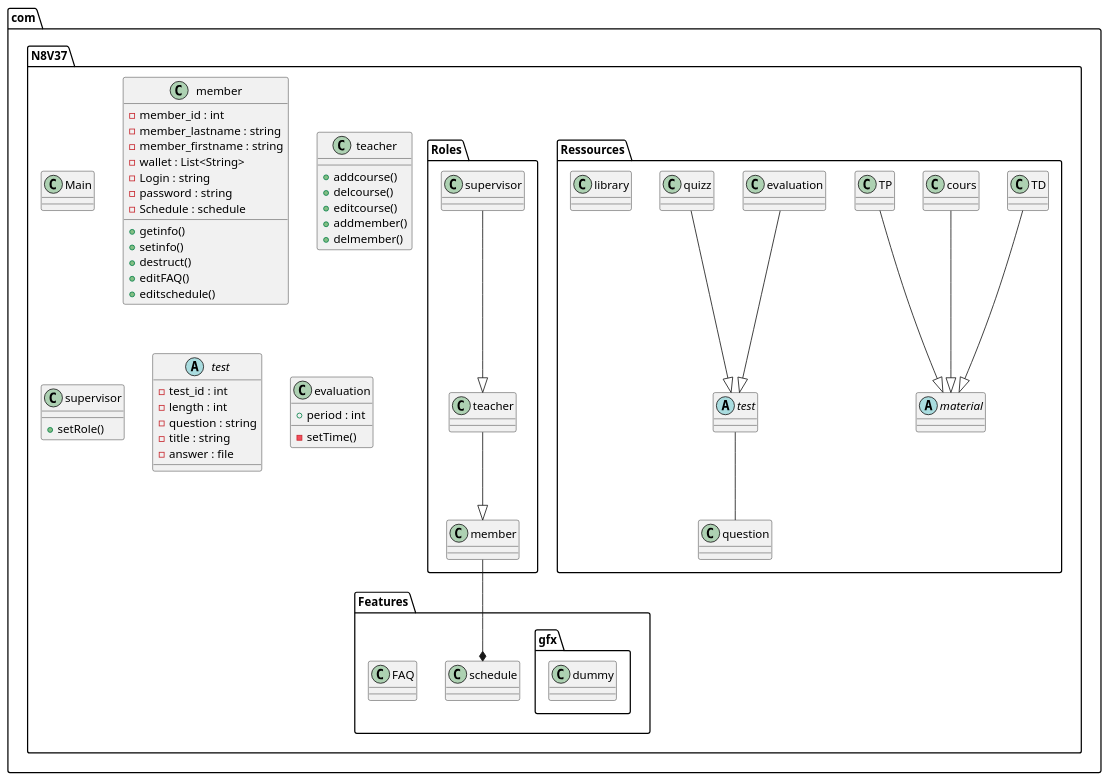
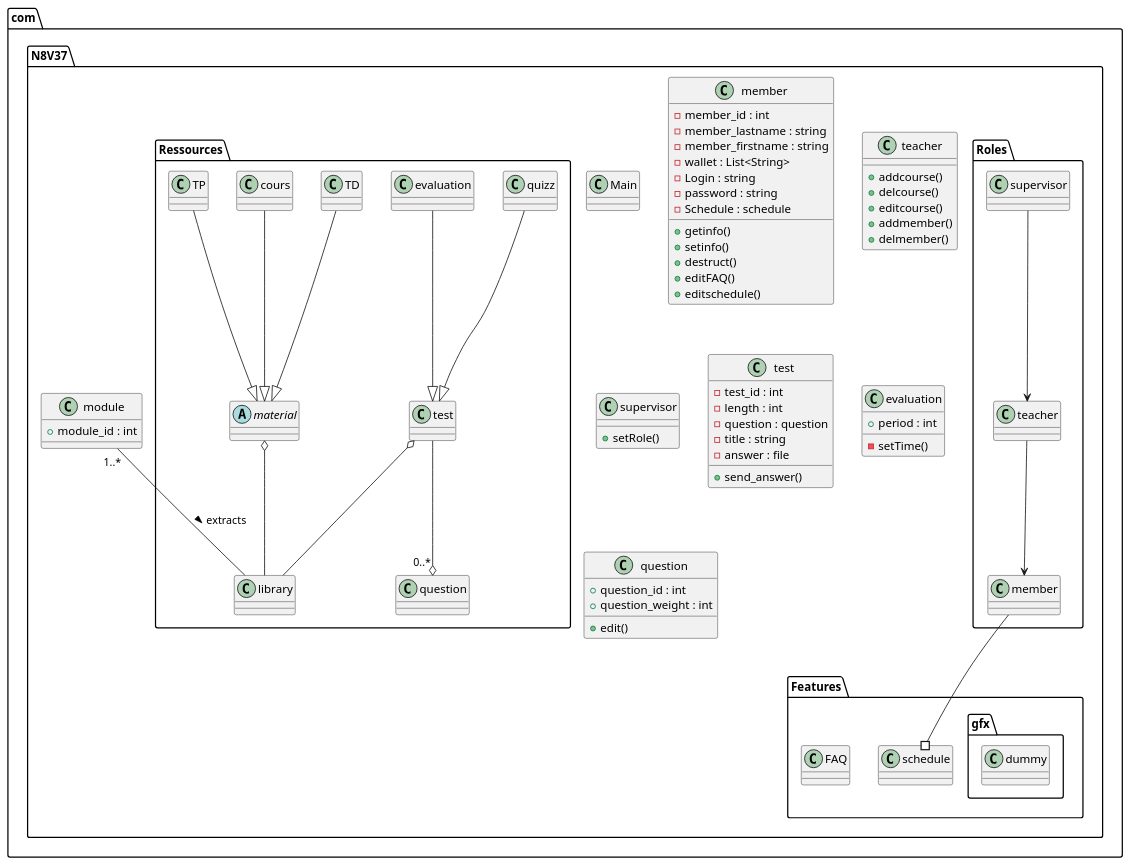
Before and after one commit to kingussopp/N8V37: the diagram in classes/classe.puml, drawn with PlantUML.

```diff
--- a/classes/classe.puml
+++ b/classes/classe.puml
@@ -1,69 +1,83 @@
 @startuml class_diagram
 package com.N8V37{
     package com.N8V37.Ressources{
         abstract material
-        abstract test
+        class library
         TD --|> material        
         cours --|> material
         TP --|> material
         evaluation --|> test
         quizz --|> test
-        test -- question
-        class library
+        test --o "0..*" question 
+        test o-- library
+        material o-- library
+        
     }
 
-    class Main
+
     package com.N8V37.Roles{
-        supervisor --|> teacher
-        teacher --|> member
+        supervisor --> teacher
+        teacher --> member
     
     }
     package com.N8V37.Features{
         class schedule
         class FAQ
         namespace gfx{
             class dummy
             } 
         
         
     }
-    member --* schedule
+    member --# schedule
+    class Main
+    class module{
+        + module_id : int
+    }
+    module "1..*" -- library : extracts >
     class member{
         - member_id : int
         - member_lastname : string
         - member_firstname : string
         - wallet : List<String>
         - Login : string
         - password : string 
         - Schedule : schedule      
         + getinfo()
         + setinfo()
         + destruct()
         + editFAQ()
         + editschedule()
     }
     class teacher {
         + addcourse()
         + delcourse()
         + editcourse()
         + addmember()
         + delmember()
         
     }
     class supervisor{
         + setRole()
     }
-    abstract test{
+    class test{
         - test_id : int
         - length : int
-        - question : string
+        - question : question
         - title : string
         - answer : file
+        + send_answer()
 
     }
     class evaluation{
         + period : int
         - setTime()
     }
+    class question{
+        + question_id : int
+        + question_weight : int
+        + edit()
+
+    }
 }
 @enduml
```
